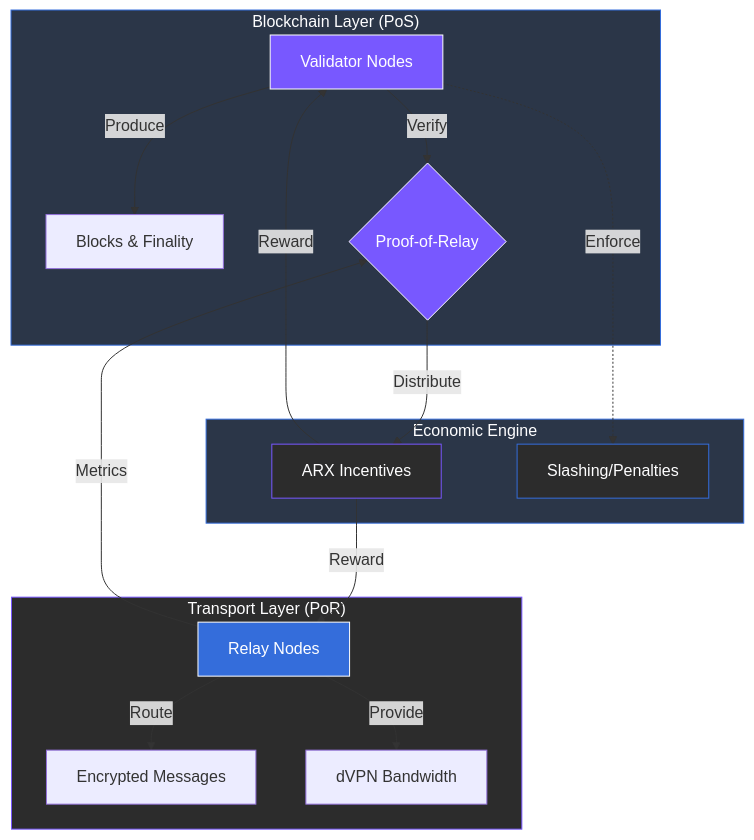
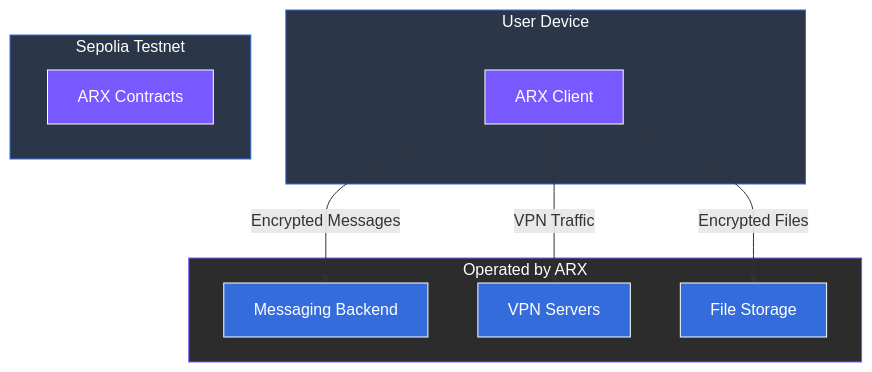
One commit to unusnullus/docs-xmtp-org changed the diagram in gitbook/home/5-system-architecture/5.3-network-layer.md. Above: the diagram before and after it, drawn with Mermaid. The commit also changed other lines of this file and 32 other files, not shown here.

````diff
--- a/gitbook/home/5-system-architecture/5.3-network-layer.md
+++ b/gitbook/home/5-system-architecture/5.3-network-layer.md
@@ -19,35 +12,31 @@
 ```mermaid
 graph TD
     %% Global Styling
-    accTitle: ARX Hybrid Network Architecture
-    accDescr: Visualizing the dual-consensus model between Validator and Relay nodes.
+    accTitle: ARX Network Today
+    accDescr: Visualizing the infrastructure that ARX operates today and the contracts deployed on testnet.
 
-    subgraph Consensus ["Blockchain Layer (PoS)"]
-        V[Validator Nodes] -->|Produce| B[Blocks & Finality]
-        V -->|Verify| POR{Proof-of-Relay}
+    subgraph Client ["User Device"]
+        U[ARX Client]
     end
 
-    subgraph Transport ["Transport Layer (PoR)"]
-        R[Relay Nodes] -->|Route| M[Encrypted Messages]
-        R -->|Provide| VPN[dVPN Bandwidth]
-        R -->|Metrics| POR
+    subgraph Infra ["Operated by ARX"]
+        U -->|Encrypted Messages| M[Messaging Backend]
+        U -->|VPN Traffic| VPN[VPN Servers]
+        U -->|Encrypted Files| S[File Storage]
     end
 
-    subgraph Rewards_Penalties ["Economic Engine"]
-        POR -->|Distribute| INC[ARX Incentives]
-        V -.->|Enforce| SLASH[Slashing/Penalties]
-        INC -->|Reward| R
-        INC -->|Reward| V
+    subgraph Chain ["Sepolia Testnet"]
+        C[ARX Contracts]
     end
 
     %% Apply Brand Palette
-    style Consensus fill:#2B3648,stroke:#346ddb,color:#fefeff
-    style Transport fill:#2c2c2c,stroke:#7858ff,color:#fefeff
-    style Rewards_Penalties fill:#2B3648,stroke:#346ddb,color:#fefeff
+    style Client fill:#2B3648,stroke:#346ddb,color:#fefeff
+    style Infra fill:#2c2c2c,stroke:#7858ff,color:#fefeff
+    style Chain fill:#2B3648,stroke:#346ddb,color:#fefeff
 
-    style V fill:#7858ff,stroke:#fefeff,color:#fefeff
-    style R fill:#346ddb,stroke:#fefeff,color:#fefeff
-    style POR fill:#7858ff,stroke:#fefeff,color:#fefeff
-    style INC fill:#2c2c2c,stroke:#7858ff,color:#fefeff
-    style SLASH fill:#2c2c2c,stroke:#346ddb,color:#fefeff
+    style U fill:#7858ff,stroke:#fefeff,color:#fefeff
+    style M fill:#346ddb,stroke:#fefeff,color:#fefeff
+    style VPN fill:#346ddb,stroke:#fefeff,color:#fefeff
+    style S fill:#346ddb,stroke:#fefeff,color:#fefeff
+    style C fill:#7858ff,stroke:#fefeff,color:#fefeff
 ```
````
